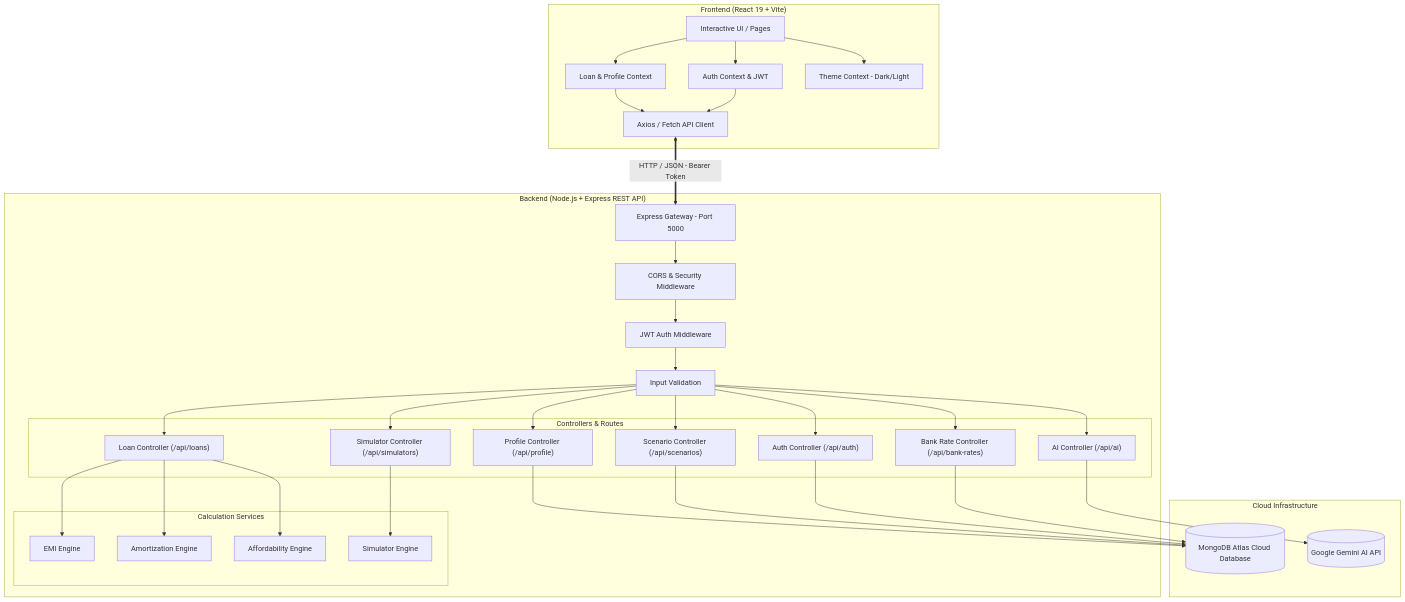
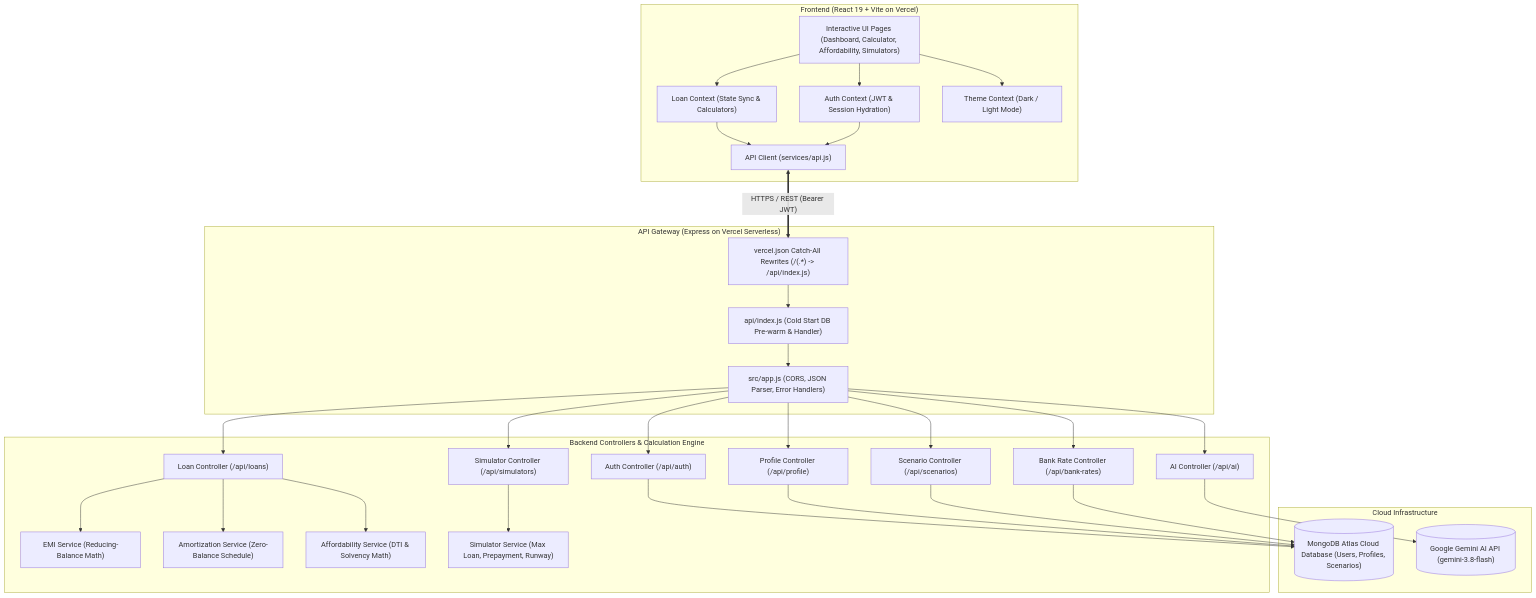
The diagram in README.md (Jithamanyu0210/CreditLens), drawn with Mermaid before and after one commit. The commit also changed other lines of this file, not shown here.

Commit message:
docs: create complete professional README.md with tech stack and architecture

````diff
--- a/README.md
+++ b/README.md
@@ -194,66 +193,64 @@
 ```mermaid
 flowchart TD
-    subgraph Client ["Frontend (React 19 + Vite)"]
-        UI[Interactive UI / Pages]
-        AuthCtx[Auth Context & JWT]
-        LoanCtx[Loan & Profile Context]
-        ThemeCtx[Theme Context - Dark/Light]
-        APIClient[Axios / Fetch API Client]
+    subgraph Client ["Frontend (React 19 + Vite on Vercel)"]
+        UI["Interactive UI Pages (Dashboard, Calculator, Affordability, Simulators)"]
+        AuthCtx["Auth Context (JWT & Session Hydration)"]
+        LoanCtx["Loan Context (State Sync & Calculators)"]
+        ThemeCtx["Theme Context (Dark / Light Mode)"]
+        APIClient["API Client (services/api.js)"]
+
         UI --> AuthCtx
         UI --> LoanCtx
         UI --> ThemeCtx
         LoanCtx --> APIClient
         AuthCtx --> APIClient
     end
 
-    subgraph Server ["Backend (Node.js + Express REST API)"]
-        Gateway[Express Gateway - Port 5000]
-        CORS[CORS & Security Middleware]
-        AuthMW[JWT Auth Middleware]
-        ValidateMW[Input Validation]
-        
-        Gateway --> CORS --> AuthMW --> ValidateMW
-        
-        subgraph Controllers ["Controllers & Routes"]
-            AuthCtrl["Auth Controller (/api/auth)"]
-            ProfileCtrl["Profile Controller (/api/profile)"]
-            LoanCtrl["Loan Controller (/api/loans)"]
-            SimCtrl["Simulator Controller (/api/simulators)"]
-            ScenarioCtrl["Scenario Controller (/api/scenarios)"]
-            BankCtrl["Bank Rate Controller (/api/bank-rates)"]
-            AICtrl["AI Controller (/api/ai)"]
-        end
-        
-        ValidateMW --> AuthCtrl
-        ValidateMW --> ProfileCtrl
-        ValidateMW --> LoanCtrl
-        ValidateMW --> SimCtrl
-        ValidateMW --> ScenarioCtrl
-        ValidateMW --> BankCtrl
-        ValidateMW --> AICtrl
+    subgraph Edge ["API Gateway (Express on Vercel Serverless)"]
+        VercelRewrite["vercel.json Catch-All Rewrites (/(.*) -> /api/index.js)"]
+        ServerlessHandler["api/index.js (Cold Start DB Pre-warm & Handler)"]
+        ExpressApp["src/app.js (CORS, JSON Parser, Error Handlers)"]
 
-        subgraph Engine ["Calculation Services"]
-            EMISvc[EMI Engine]
-            AmortSvc[Amortization Engine]
-            AffordSvc[Affordability Engine]
-            SimSvc[Simulator Engine]
-        end
-        
+        VercelRewrite --> ServerlessHandler --> ExpressApp
+    end
+
+    subgraph BackendServices ["Backend Controllers & Calculation Engine"]
+        AuthCtrl["Auth Controller (/api/auth)"]
+        ProfileCtrl["Profile Controller (/api/profile)"]
+        LoanCtrl["Loan Controller (/api/loans)"]
+        SimCtrl["Simulator Controller (/api/simulators)"]
+        ScenarioCtrl["Scenario Controller (/api/scenarios)"]
+        BankCtrl["Bank Rate Controller (/api/bank-rates)"]
+        AICtrl["AI Controller (/api/ai)"]
+
+        EMISvc["EMI Service (Reducing-Balance Math)"]
+        AmortSvc["Amortization Service (Zero-Balance Schedule)"]
+        AffordSvc["Affordability Service (DTI & Solvency Math)"]
+        SimSvc["Simulator Service (Max Loan, Prepayment, Runway)"]
+
         LoanCtrl --> EMISvc
         LoanCtrl --> AmortSvc
         LoanCtrl --> AffordSvc
         SimCtrl --> SimSvc
     end
 
-    subgraph Storage ["Cloud Infrastructure"]
-        Atlas[("MongoDB Atlas Cloud Database")]
-        Gemini[("Google Gemini AI API")]
+    subgraph CloudInfra ["Cloud Infrastructure"]
+        Atlas[("MongoDB Atlas Cloud Database (Users, Profiles, Scenarios)")]
+        Gemini[("Google Gemini AI API (gemini-3.8-flash)")]
     end
 
+    APIClient <==>|"HTTPS / REST (Bearer JWT)"| VercelRewrite
+    ExpressApp --> AuthCtrl
+    ExpressApp --> ProfileCtrl
+    ExpressApp --> LoanCtrl
+    ExpressApp --> SimCtrl
+    ExpressApp --> ScenarioCtrl
+    ExpressApp --> BankCtrl
+    ExpressApp --> AICtrl
+
+    AuthCtrl --> Atlas
     ProfileCtrl --> Atlas
     ScenarioCtrl --> Atlas
-    AuthCtrl --> Atlas
     BankCtrl --> Atlas
     AICtrl --> Gemini
-    APIClient <==>|HTTP / JSON - Bearer Token| Gateway
 ```
````
